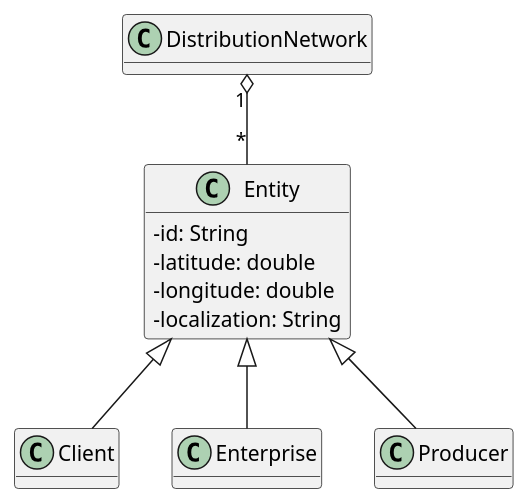
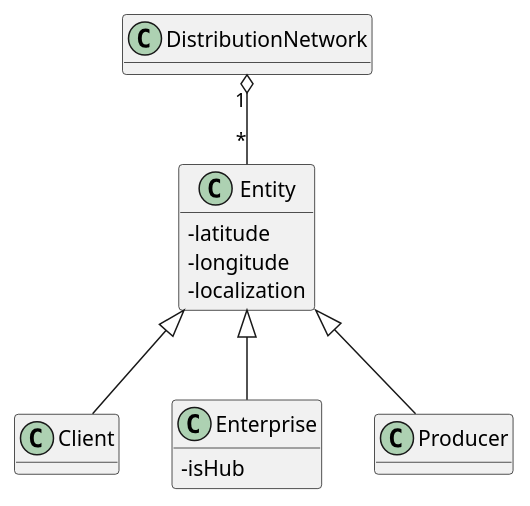
One commit to miseEnPlace-dev/lapr3 changed the diagram in docs/US301/DM/DM.puml. Above: the diagram before and after it, drawn with PlantUML. The commit also changed 1 other file, not shown here.

```diff
--- a/docs/US301/DM/DM.puml
+++ b/docs/US301/DM/DM.puml
@@ -1,24 +1,25 @@
 @startuml DM
 
 skinparam classAttributeIconSize 0
 hide methods
 
 class Entity {
-  - id: String
-  - latitude: double
-  - longitude: double
-  - localization: String
+  - latitude
+  - longitude
+  - localization
 }
 
 class Client {}
-class Enterprise {}
+class Enterprise {
+  - isHub
+}
 class Producer {}
 
 Entity <|-- Client
 Entity <|-- Enterprise
 Entity <|-- Producer
 
 class DistributionNetwork {}
 
 DistributionNetwork "1" o-- "*" Entity
 @enduml
```
